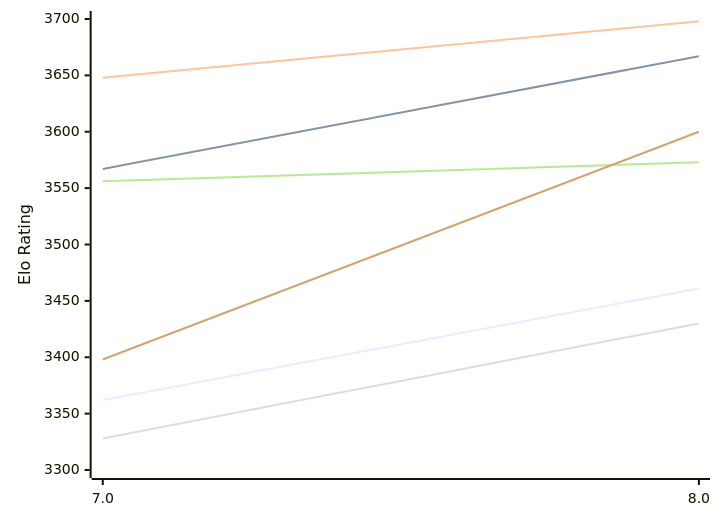
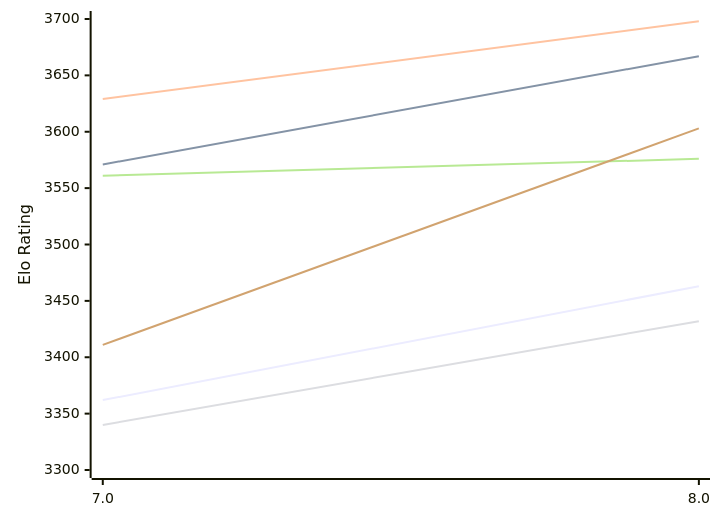
One commit to computer-chess-index/cci changed the first of 2 diagrams in engines/Integral.md. Above: the diagram before and after it, drawn with Mermaid. The commit also changed other lines of this file, not shown here.

Commit message:
Update CCI Ratings (ELO VLTC) - 2026-11-17

````diff
--- a/engines/Integral.md
+++ b/engines/Integral.md
@@ -50,12 +50,12 @@
 ```mermaid
 %%{init: {"theme":"base","themeVariables":{"seriesColors:['#a3a3a3','#222221','#faa371']}}}%%
 xychart-beta
   x-axis ["7.0", "8.0"]
   y-axis "Elo Rating" 3300 --> 3700
-  line "E1: STC (8.0+0.08s)" [3362, 3461]
-  line "E1: LTC (60.0+0.60s)" [3567, 3667]
-  line "E1: VLTC (2m24s+1.12s)" [3648, 3698]
-  line "P1: STC (8.0+0.08s)" [3328, 3430]
-  line "P1: LTC (60.0+0.60s)" [3556, 3573]
-  line "P1: VLTC (2m24s+1.12s)" [3398, 3600]
+  line "E1: STC (8.0+0.08s)" [3362, 3463]
+  line "E1: LTC (60.0+0.60s)" [3571, 3667]
+  line "E1: VLTC (2m24s+1.12s)" [3629, 3698]
+  line "P1: STC (8.0+0.08s)" [3340, 3432]
+  line "P1: LTC (60.0+0.60s)" [3561, 3576]
+  line "P1: VLTC (2m24s+1.12s)" [3411, 3603]
 ```
````
